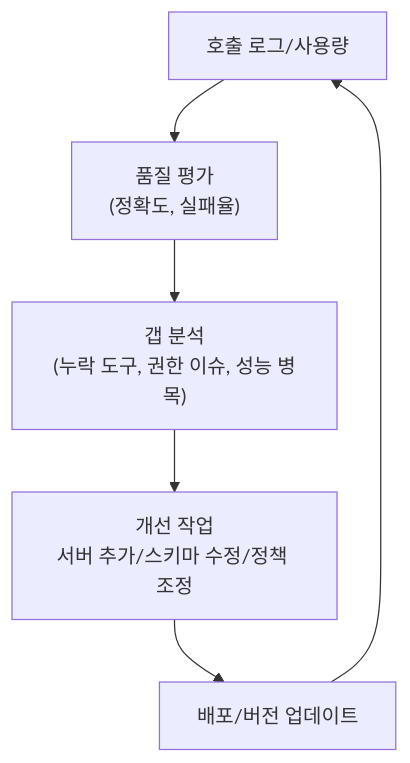
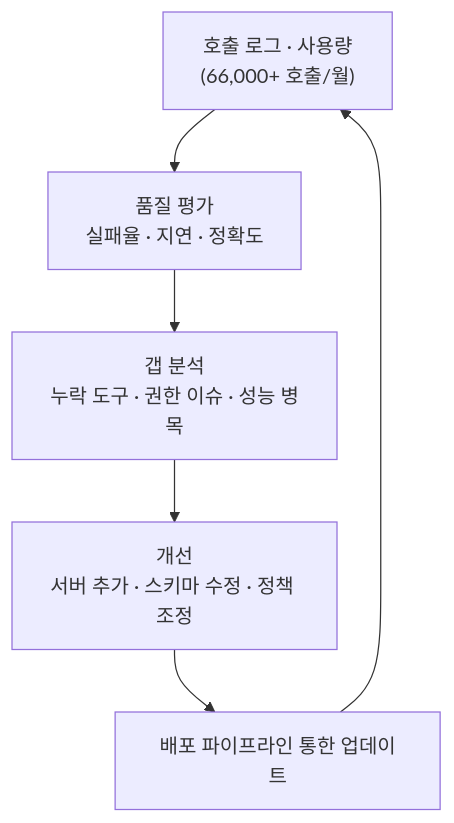
The sixth of 6 diagrams in pinterest-mcp/00-diagram.md (kimchanhyung98/agentic-workflows), drawn with Mermaid before and after one commit. The commit also changed other lines of this file and 3 other files, not shown here.

First line of the commit message:
docs(pinterest-mcp): update architecture & analysis

````diff
--- a/pinterest-mcp/00-diagram.md
+++ b/pinterest-mcp/00-diagram.md
@@ -94,8 +149,8 @@
 ```mermaid
 flowchart TD
-    Usage["호출 로그/사용량"] --> Eval["품질 평가<br/>(정확도, 실패율)"]
-    Eval --> Gap["갭 분석<br/>(누락 도구, 권한 이슈, 성능 병목)"]
-    Gap --> Improve["개선 작업<br/>서버 추가/스키마 수정/정책 조정"]
-    Improve --> Release["배포/버전 업데이트"]
-    Release --> Usage
+    Usage["호출 로그 · 사용량<br/>(66,000+ 호출/월)"] --> Eval["품질 평가<br/>실패율 · 지연 · 정확도"]
+    Eval --> Gap["갭 분석<br/>누락 도구 · 권한 이슈 · 성능 병목"]
+    Gap --> Improve["개선<br/>서버 추가 · 스키마 수정 · 정책 조정"]
+    Improve --> Deploy["배포 파이프라인 통한 업데이트"]
+    Deploy --> Usage
 ```
````
